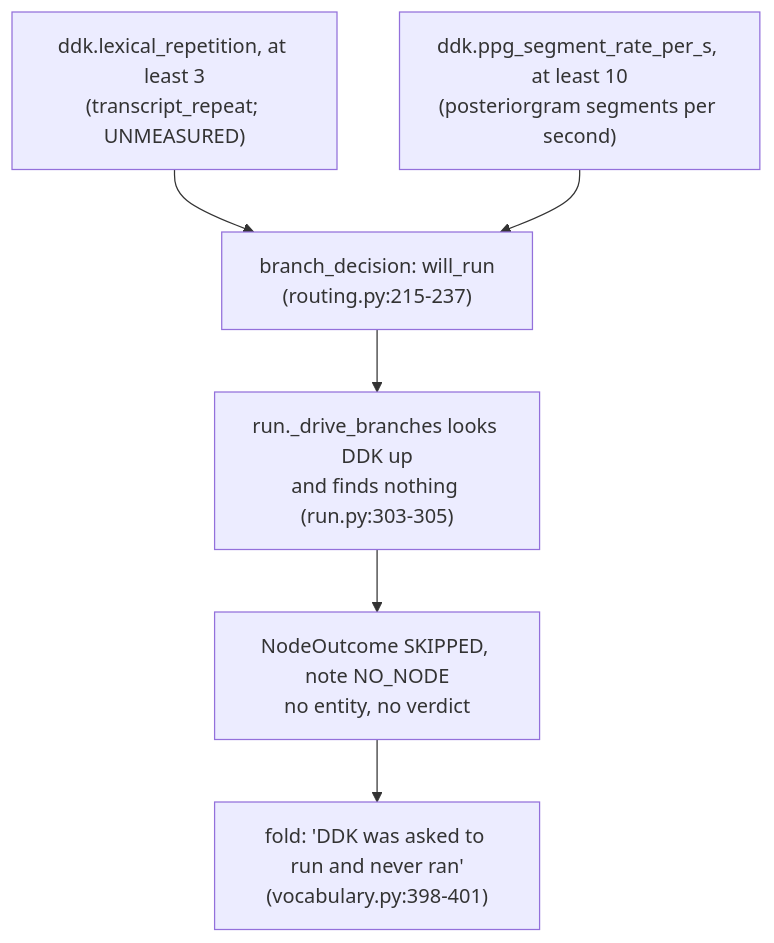
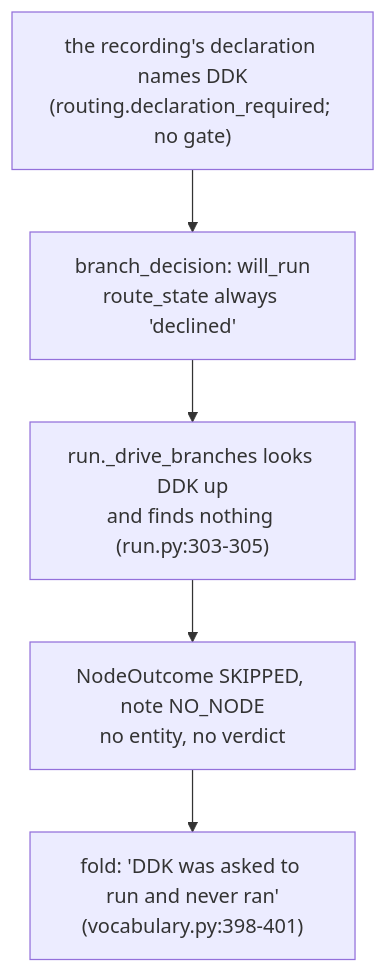
The tenth of 13 diagrams in specs/20260817-triage-workflow-dag/dag.md (sensein/senselab), drawn with Mermaid before and after one commit. The commit also changed other lines of this file and 9 other files, not shown here.

First line of the commit message:
docs(triage): re-tell the DDK gate story as why the declaration gate exists

````diff
--- a/specs/20260817-triage-workflow-dag/dag.md
+++ b/specs/20260817-triage-workflow-dag/dag.md
@@ -2153,9 +2161,8 @@
 ```mermaid
 graph TD
-  G1["ddk.lexical_repetition, at least 3<br/>(transcript_repeat; UNMEASURED)"] --> DEC
-  G2["ddk.ppg_segment_rate_per_s, at least 10<br/>(posteriorgram segments per second)"] --> DEC
-  DEC["branch_decision: will_run<br/>(routing.py:215-237)"] --> LOOKUP
+  G1["the recording's declaration names DDK<br/>(routing.declaration_required; no gate)"] --> DEC
+  DEC["branch_decision: will_run<br/>route_state always 'declined'"] --> LOOKUP
   LOOKUP["run._drive_branches looks DDK up<br/>and finds nothing (run.py:303-305)"] --> SKIP
   SKIP["NodeOutcome SKIPPED, note NO_NODE<br/>no entity, no verdict"] --> FOLD
   FOLD["fold: 'DDK was asked to run and never ran'<br/>(vocabulary.py:398-401)"]
 ```
````
